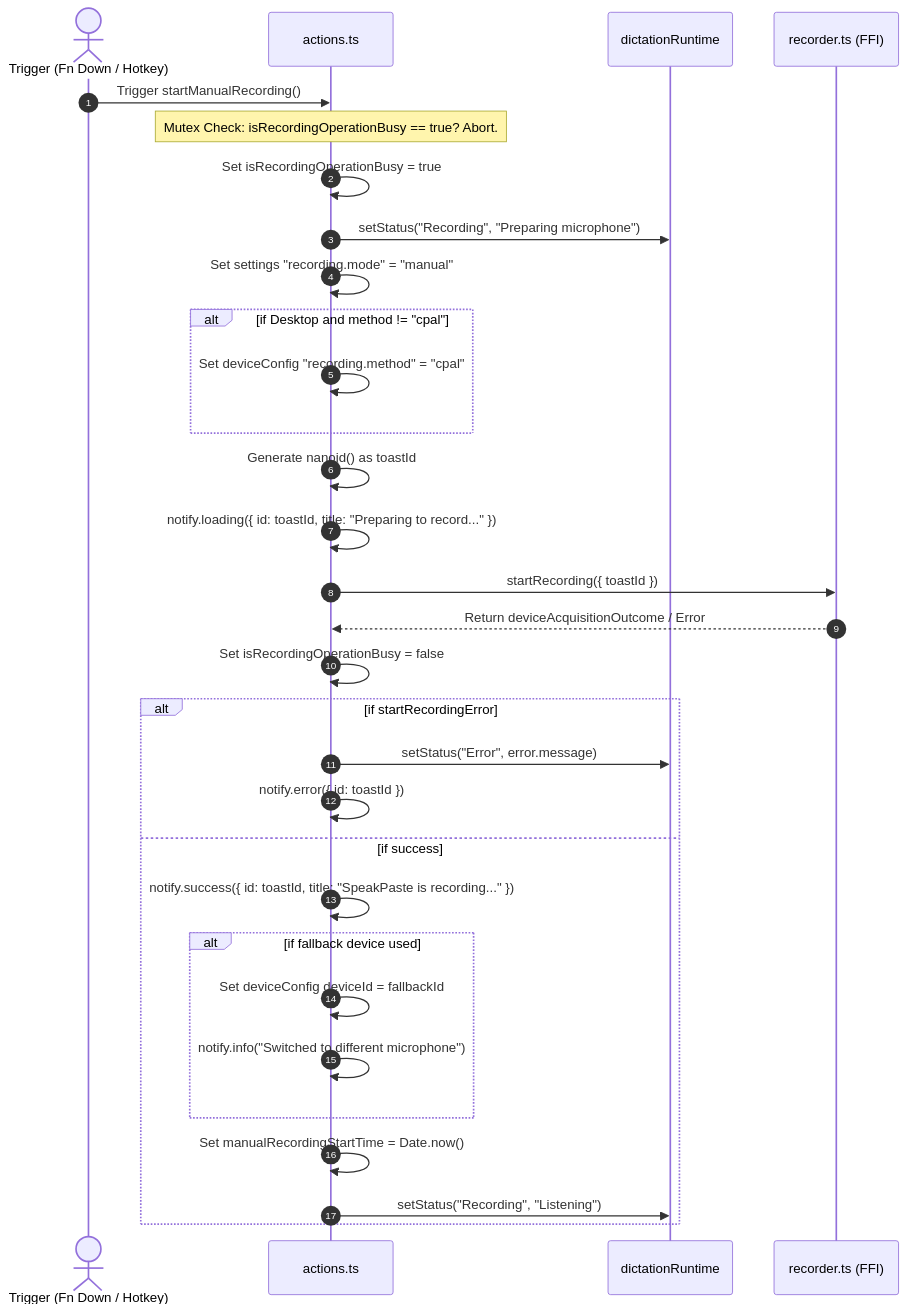
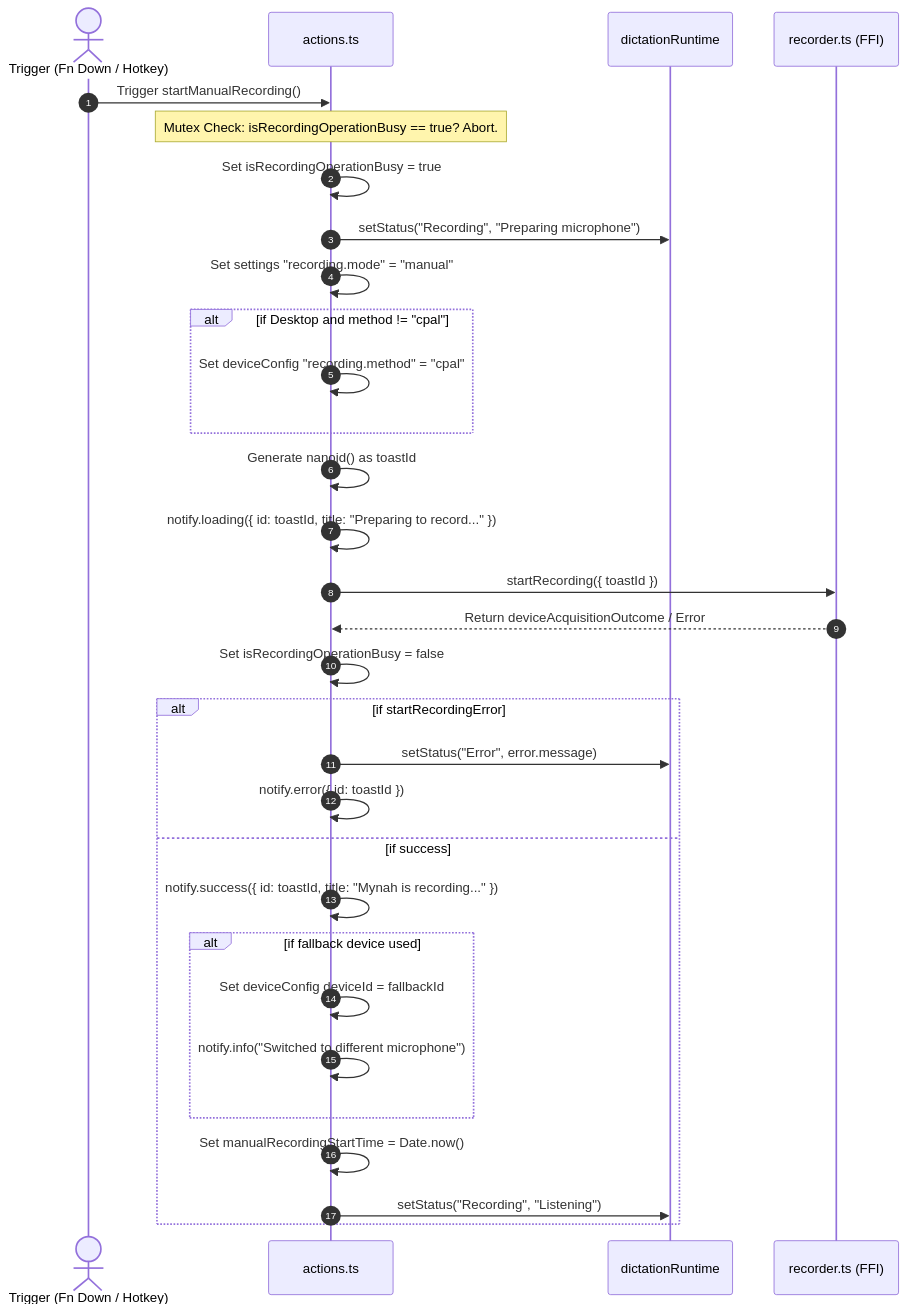
One commit to teachme-ai/speakpaste changed the first of 5 diagrams in apps/speakpaste/docs/product/ANTIGRAVITY_ACTIONS_PIPELINE_SIDE_EFFECT_MAP.md. Above: the diagram before and after it, drawn with Mermaid. The commit also changed other lines of this file and 112 other files, not shown here.

````diff
--- a/apps/speakpaste/docs/product/ANTIGRAVITY_ACTIONS_PIPELINE_SIDE_EFFECT_MAP.md
+++ b/apps/speakpaste/docs/product/ANTIGRAVITY_ACTIONS_PIPELINE_SIDE_EFFECT_MAP.md
@@ -24,35 +24,35 @@
 ```mermaid
 sequenceDiagram
     autonumber
     actor User as Trigger (Fn Down / Hotkey)
     participant UI as actions.ts
     participant State as dictationRuntime
     participant Rec as recorder.ts (FFI)
     
     User->>UI: Trigger startManualRecording()
     Note over UI: Mutex Check: isRecordingOperationBusy == true? Abort.
     UI->>UI: Set isRecordingOperationBusy = true
     UI->>State: setStatus("Recording", "Preparing microphone")
     UI->>UI: Set settings "recording.mode" = "manual"
     alt if Desktop and method != "cpal"
         UI->>UI: Set deviceConfig "recording.method" = "cpal"
     end
     UI->>UI: Generate nanoid() as toastId
     UI->>UI: notify.loading({ id: toastId, title: "Preparing to record..." })
     UI->>Rec: startRecording({ toastId })
     Rec-->>UI: Return deviceAcquisitionOutcome / Error
     UI->>UI: Set isRecordingOperationBusy = false
     
     alt if startRecordingError
         UI->>State: setStatus("Error", error.message)
         UI->>UI: notify.error({ id: toastId })
     else if success
-        UI->>UI: notify.success({ id: toastId, title: "SpeakPaste is recording..." })
+        UI->>UI: notify.success({ id: toastId, title: "Mynah is recording..." })
         alt if fallback device used
             UI->>UI: Set deviceConfig deviceId = fallbackId
             UI->>UI: notify.info("Switched to different microphone")
         end
         UI->>UI: Set manualRecordingStartTime = Date.now()
         UI->>State: setStatus("Recording", "Listening")
     end
 ```
````
